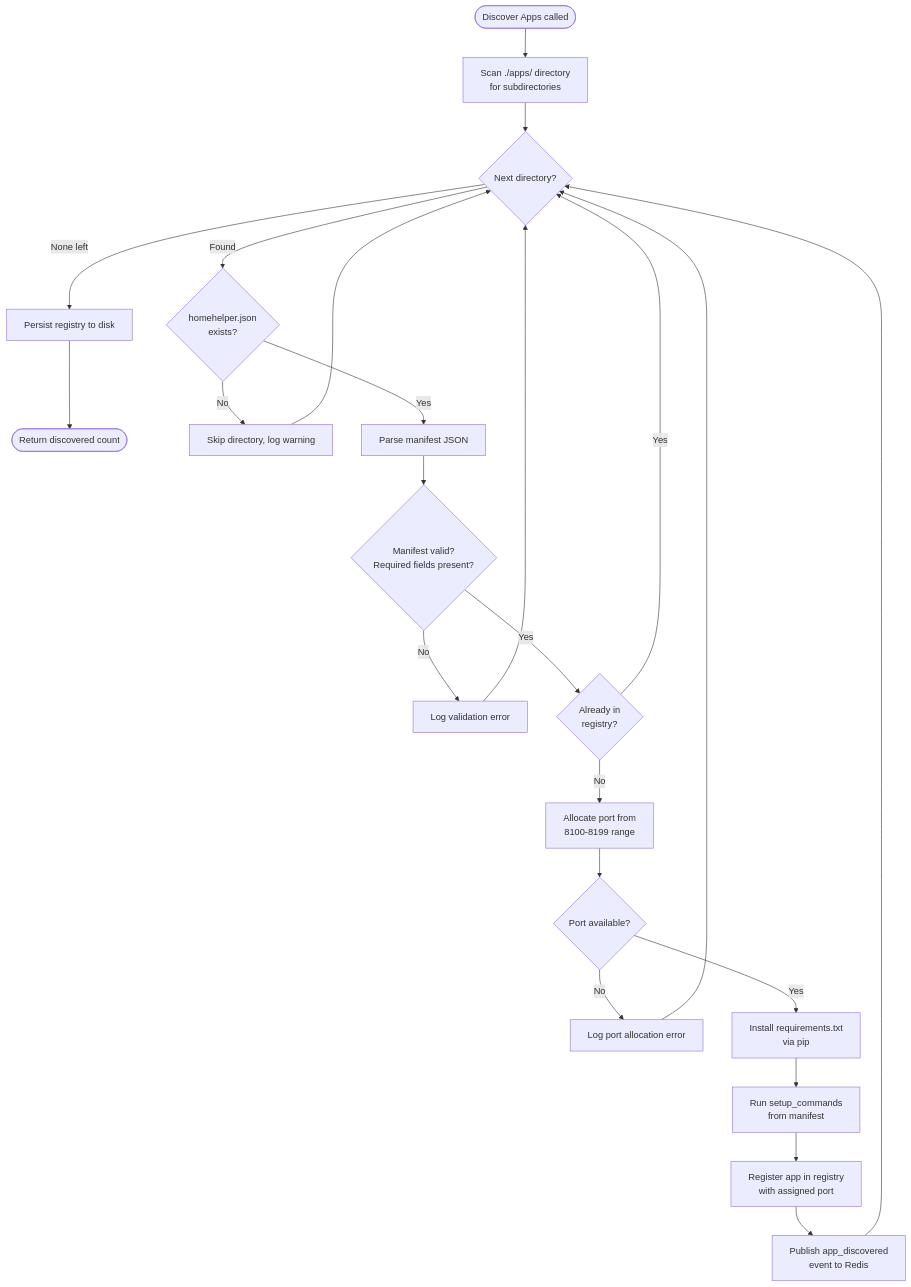
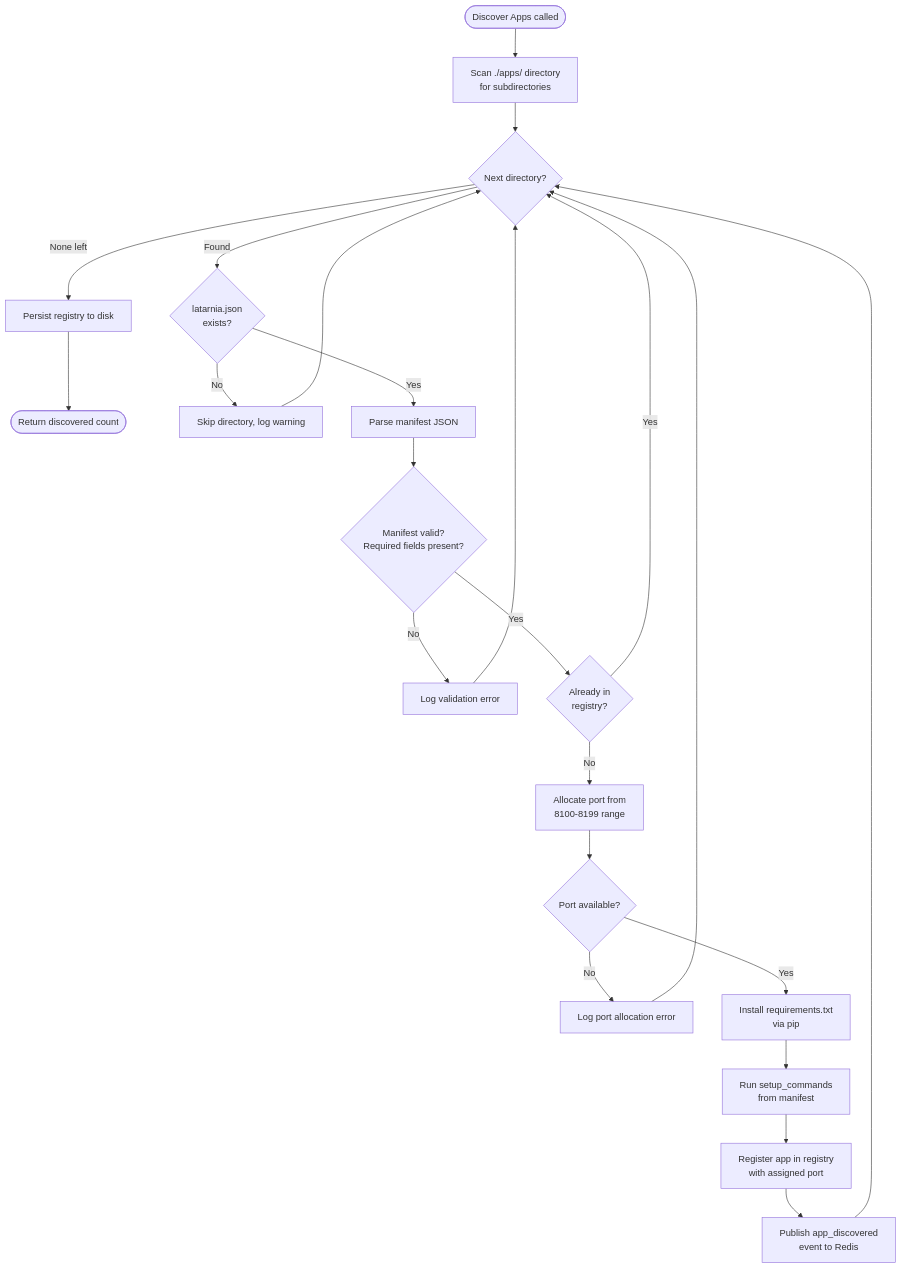
Before and after one commit to felipe-stanham/HomeHelper: the second of 5 diagrams in docs/System/workflows.md, drawn with Mermaid. The commit also changed other lines of this file and 49 other files, not shown here.

````diff
--- a/docs/System/workflows.md
+++ b/docs/System/workflows.md
@@ -41,31 +41,31 @@
 ```mermaid
 flowchart TD
     Trigger([Discover Apps called]) --> Scan[Scan ./apps/ directory<br/>for subdirectories]
     Scan --> NextDir{Next directory?}
 
     NextDir -- None left --> Persist[Persist registry to disk]
     Persist --> Done([Return discovered count])
 
-    NextDir -- Found --> HasManifest{homehelper.json<br/>exists?}
+    NextDir -- Found --> HasManifest{latarnia.json<br/>exists?}
     HasManifest -- No --> SkipDir[Skip directory, log warning]
     SkipDir --> NextDir
 
     HasManifest -- Yes --> Parse[Parse manifest JSON]
     Parse --> Valid{Manifest valid?<br/>Required fields present?}
     Valid -- No --> LogError[Log validation error]
     LogError --> NextDir
 
     Valid -- Yes --> AlreadyReg{Already in<br/>registry?}
     AlreadyReg -- Yes --> NextDir
 
     AlreadyReg -- No --> AllocPort[Allocate port from<br/>8100-8199 range]
     AllocPort --> PortOk{Port available?}
     PortOk -- No --> LogPortErr[Log port allocation error]
     LogPortErr --> NextDir
 
     PortOk -- Yes --> InstallDeps[Install requirements.txt<br/>via pip]
     InstallDeps --> RunSetup[Run setup_commands<br/>from manifest]
     RunSetup --> Register[Register app in registry<br/>with assigned port]
     Register --> PublishEvent[Publish app_discovered<br/>event to Redis]
     PublishEvent --> NextDir
 ```
````
